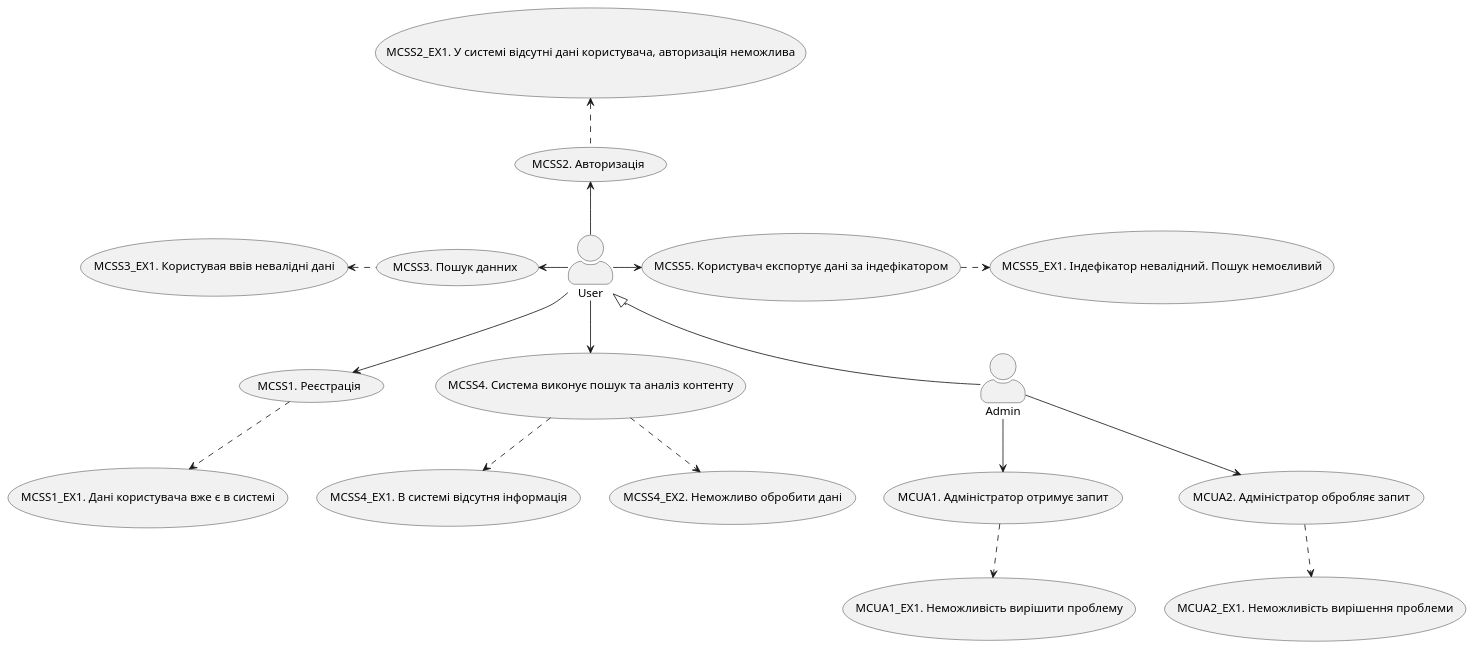
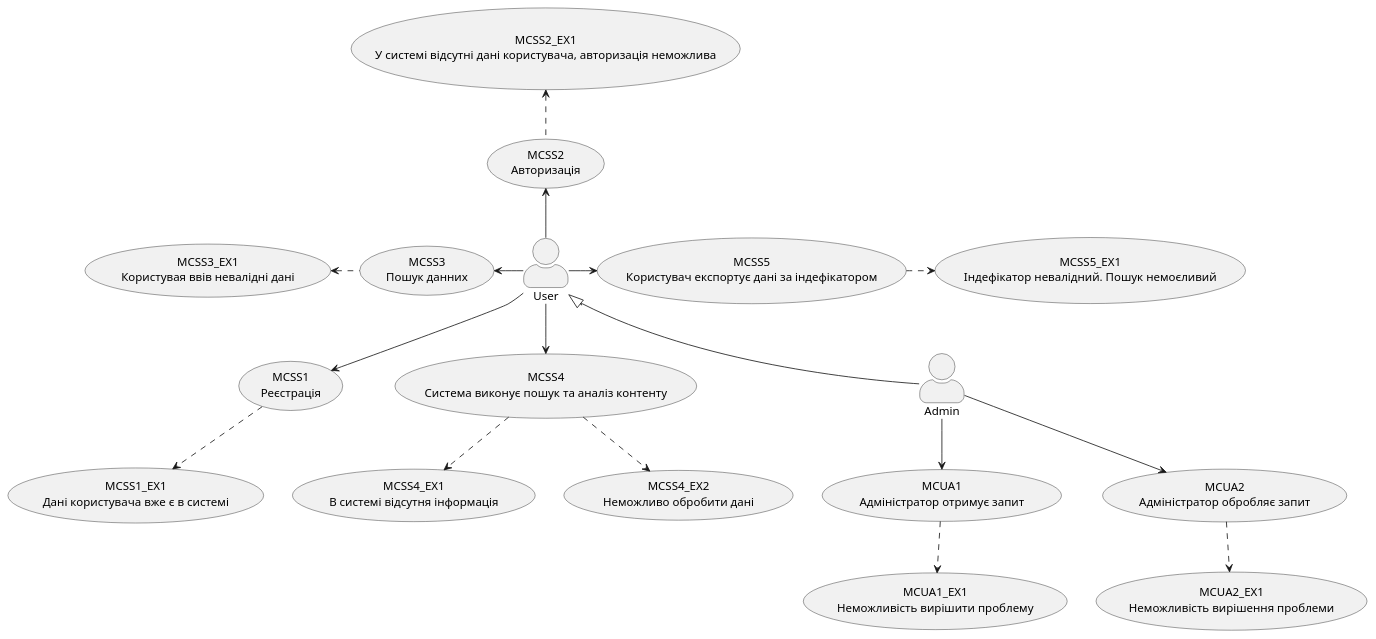
One commit to ukioxz/media-content-analyzing-system changed the first of 16 diagrams in docs/use cases/README.md. Above: the diagram before and after it, drawn with PlantUML. The commit also changed other lines of this file and 2 other files, not shown here.

```diff
--- a/docs/use cases/README.md
+++ b/docs/use cases/README.md
@@ -3,73 +3,73 @@
 @startuml
+
 skinparam actorStyle awesome
 
 'User
 
-(MCSS1. Реєстрація) as (MCSS1)
+(MCSS1\nРеєстрація) as (MCSS1)
 
-(MCSS1_EX1. Дані користувача вже є в системі) as (MCSS1_EX1)
+(MCSS1_EX1\nДані користувача вже є в системі) as (MCSS1_EX1)
 
-(MCSS2. Авторизація) as (MCSS2)
+(MCSS2\nАвторизація) as (MCSS2)
 
-(MCSS2_EX1. У системі відсутні дані користувача, авторизація неможлива) as (MCSS2_EX1)
+(MCSS2_EX1\nУ системі відсутні дані користувача, авторизація неможлива) as (MCSS2_EX1)
 
-(MCSS3. Пошук данних) as (MCSS3)
+(MCSS3\nПошук данних) as (MCSS3)
 
-(MCSS3_EX1. Користувая ввів невалідні дані) as (MCSS3_EX1)
+(MCSS3_EX1\nКористувая ввів невалідні дані) as (MCSS3_EX1)
 
-(MCSS4. Система виконує пошук та аналіз контенту) as (MCSS4)
+(MCSS4\nСистема виконує пошук та аналіз контенту) as (MCSS4)
 
-(MCSS4_EX1. В системі відсутня інформація) as (MCSS4_EX1)
+(MCSS4_EX1\nВ системі відсутня інформація) as (MCSS4_EX1)
 
-(MCSS4_EX2. Неможливо обробити дані) as (MCSS4_EX2) 
+(MCSS4_EX2\nНеможливо обробити дані) as (MCSS4_EX2) 
 
-(MCSS5. Користувач експортує дані за індефікатором) as (MCSS5)
+(MCSS5\nКористувач експортує дані за індефікатором) as (MCSS5)
 
-(MCSS5_EX1. Індефікатор невалідний. Пошук немоєливий) as (MCSS5_EX1)
-
+(MCSS5_EX1\nІндефікатор невалідний. Пошук немоєливий) as (MCSS5_EX1)
 
 
 User --> (MCSS1)
 
 (MCSS1) ..> (MCSS1_EX1)
 
 User -up-> (MCSS2)
 
 (MCSS2) .up.> (MCSS2_EX1)
 
 User -left-> (MCSS3)
 
 (MCSS3) .left.> (MCSS3_EX1)
 
 User --> (MCSS4)
 
 (MCSS4) ..> (MCSS4_EX1)
 
 (MCSS4) ..> (MCSS4_EX2)
 
 User -right-> (MCSS5)
 
 (MCSS5) .right.> (MCSS5_EX1)
 
 
 Admin -up-|> User
 
 Admin --> (MCUA1)
 
 (MCUA1) ..> (MCUA1_EX1)
 
 Admin --> (MCUA2)
 
 (MCUA2) ..> (MCUA2_EX1)
 
 'Admin
 
-(MCUA1. Адміністратор отримує запит) as (MCUA1)
+(MCUA1\nАдміністратор отримує запит) as (MCUA1)
 
-(MCUA1_EX1. Неможливість вирішити проблему) as (MCUA1_EX1)
+(MCUA1_EX1\nНеможливість вирішити проблему) as (MCUA1_EX1)
 
-(MCUA2. Адміністратор обробляє запит) as (MCUA2)
+(MCUA2\nАдміністратор обробляє запит) as (MCUA2)
 
-(MCUA2_EX1. Неможливість вирішення проблеми) as (MCUA2_EX1)
+(MCUA2_EX1\nНеможливість вирішення проблеми) as (MCUA2_EX1)
 
 @enduml
```
